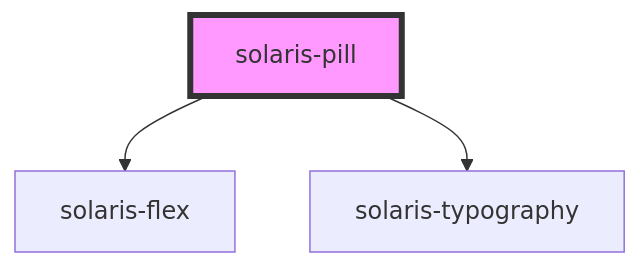
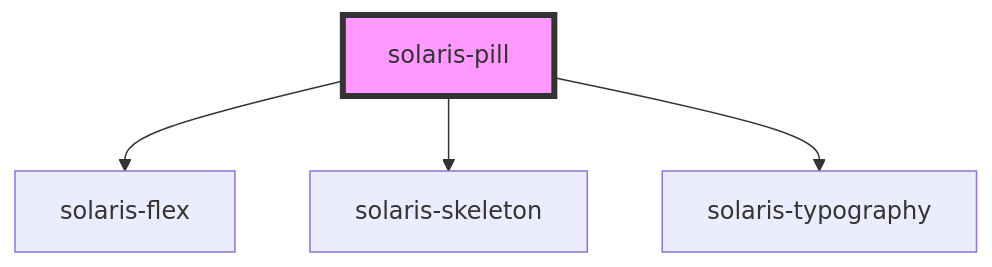
One commit to Lynxgsm/solaris-design-system changed the diagram in packages/solaris-core/src/components/solaris-pill/readme.md. Above: the diagram before and after it, drawn with Mermaid. The commit also changed other lines of this file and 10 other files, not shown here.

Commit message:
fixed skeleton, added loading state to pill

````diff
--- a/packages/solaris-core/src/components/solaris-pill/readme.md
+++ b/packages/solaris-core/src/components/solaris-pill/readme.md
@@ -29,6 +30,7 @@
 ```mermaid
 graph TD;
   solaris-pill --> solaris-flex
+  solaris-pill --> solaris-skeleton
   solaris-pill --> solaris-typography
   style solaris-pill fill:#f9f,stroke:#333,stroke-width:4px
 ```
````
